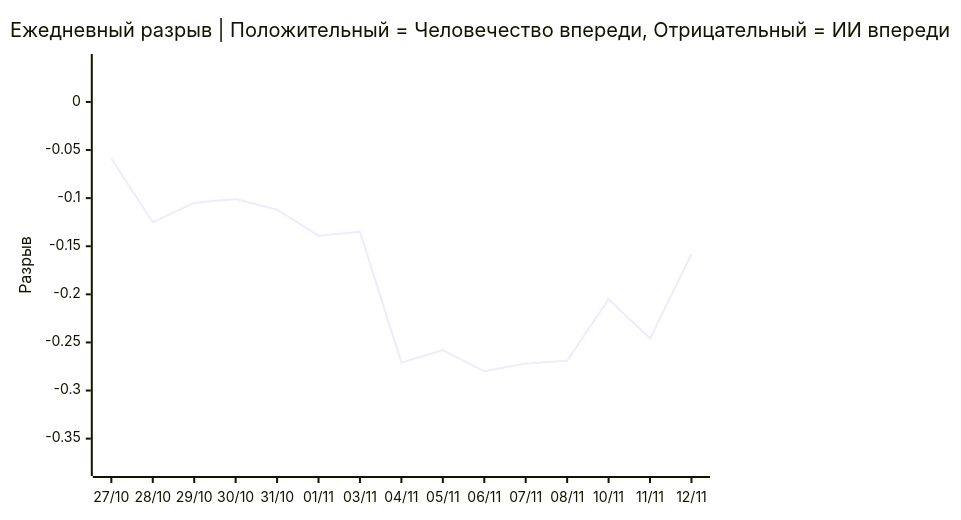
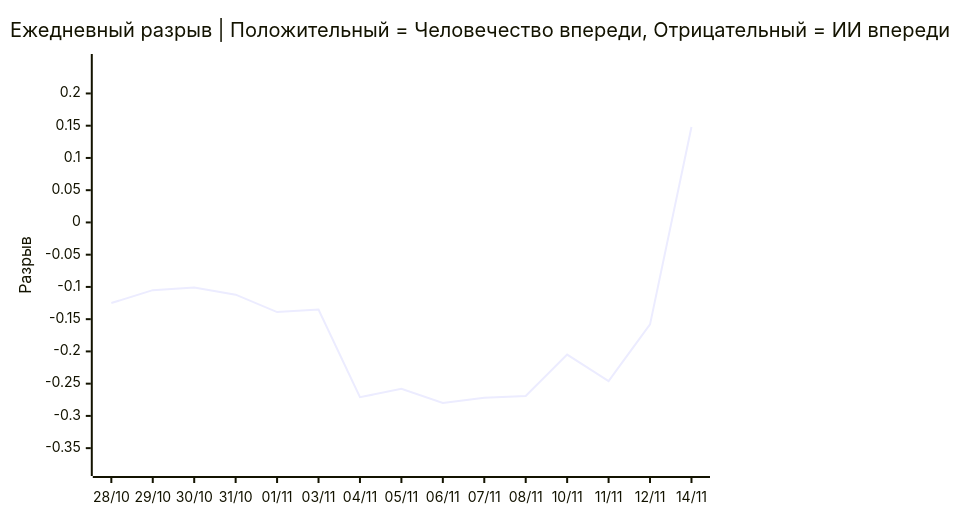
The third of 3 diagrams in README.ru.md (VQQLK/Human-AI-Monitor), drawn with Mermaid before and after one commit. The commit also changed other lines of this file and 3 other files, not shown here.

````diff
--- a/README.ru.md
+++ b/README.ru.md
@@ -54,7 +54,7 @@
 ```mermaid
 xychart-beta
     title "Ежедневный разрыв | Положительный = Человечество впереди, Отрицательный = ИИ впереди"
-    x-axis ["27/10", "28/10", "29/10", "30/10", "31/10", "01/11", "03/11", "04/11", "05/11", "06/11", "07/11", "08/11", "10/11", "11/11", "12/11"]
-    y-axis "Разрыв" -0.380 --> 0.041
-    line [-0.059, -0.125, -0.105, -0.101, -0.112, -0.139, -0.135, -0.271, -0.258, -0.280, -0.272, -0.269, -0.205, -0.246, -0.158]
+    x-axis ["28/10", "29/10", "30/10", "31/10", "01/11", "03/11", "04/11", "05/11", "06/11", "07/11", "08/11", "10/11", "11/11", "12/11", "14/11"]
+    y-axis "Разрыв" -0.380 --> 0.248
+    line [-0.125, -0.105, -0.101, -0.112, -0.139, -0.135, -0.271, -0.258, -0.280, -0.272, -0.269, -0.205, -0.246, -0.158, 0.148]
 ```
````
